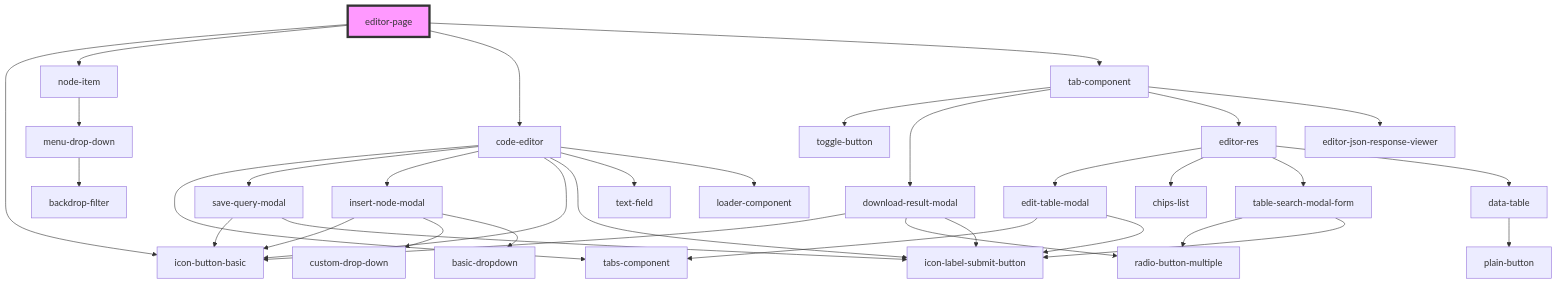
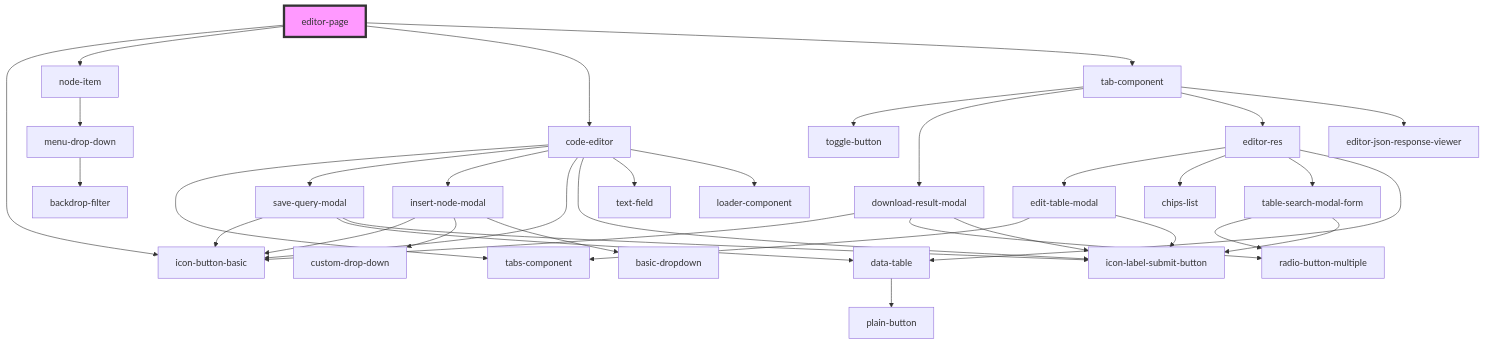
The diagram in src/components/editorPage/editor-page/readme.md (techvariable/NeptuneConnectComponents), drawn with Mermaid before and after one commit. The commit also changed 10 other files, not shown here.

````diff
--- a/src/components/editorPage/editor-page/readme.md
+++ b/src/components/editorPage/editor-page/readme.md
@@ -25,38 +25,39 @@
 ```mermaid
 graph TD;
   editor-page --> icon-button-basic
   editor-page --> node-item
   editor-page --> code-editor
   editor-page --> tab-component
   node-item --> menu-drop-down
   menu-drop-down --> backdrop-filter
   code-editor --> tabs-component
   code-editor --> save-query-modal
   code-editor --> insert-node-modal
   code-editor --> icon-button-basic
   code-editor --> icon-label-submit-button
   code-editor --> text-field
   code-editor --> loader-component
   save-query-modal --> icon-button-basic
+  save-query-modal --> data-table
   save-query-modal --> icon-label-submit-button
+  data-table --> plain-button
   insert-node-modal --> icon-button-basic
   insert-node-modal --> custom-drop-down
   insert-node-modal --> basic-dropdown
   tab-component --> toggle-button
   tab-component --> download-result-modal
   tab-component --> editor-res
   tab-component --> editor-json-response-viewer
   download-result-modal --> icon-button-basic
   download-result-modal --> radio-button-multiple
   download-result-modal --> icon-label-submit-button
   editor-res --> edit-table-modal
   editor-res --> chips-list
   editor-res --> table-search-modal-form
   editor-res --> data-table
   edit-table-modal --> tabs-component
   edit-table-modal --> icon-label-submit-button
   table-search-modal-form --> radio-button-multiple
   table-search-modal-form --> icon-label-submit-button
-  data-table --> plain-button
   style editor-page fill:#f9f,stroke:#333,stroke-width:4px
 ```
````
